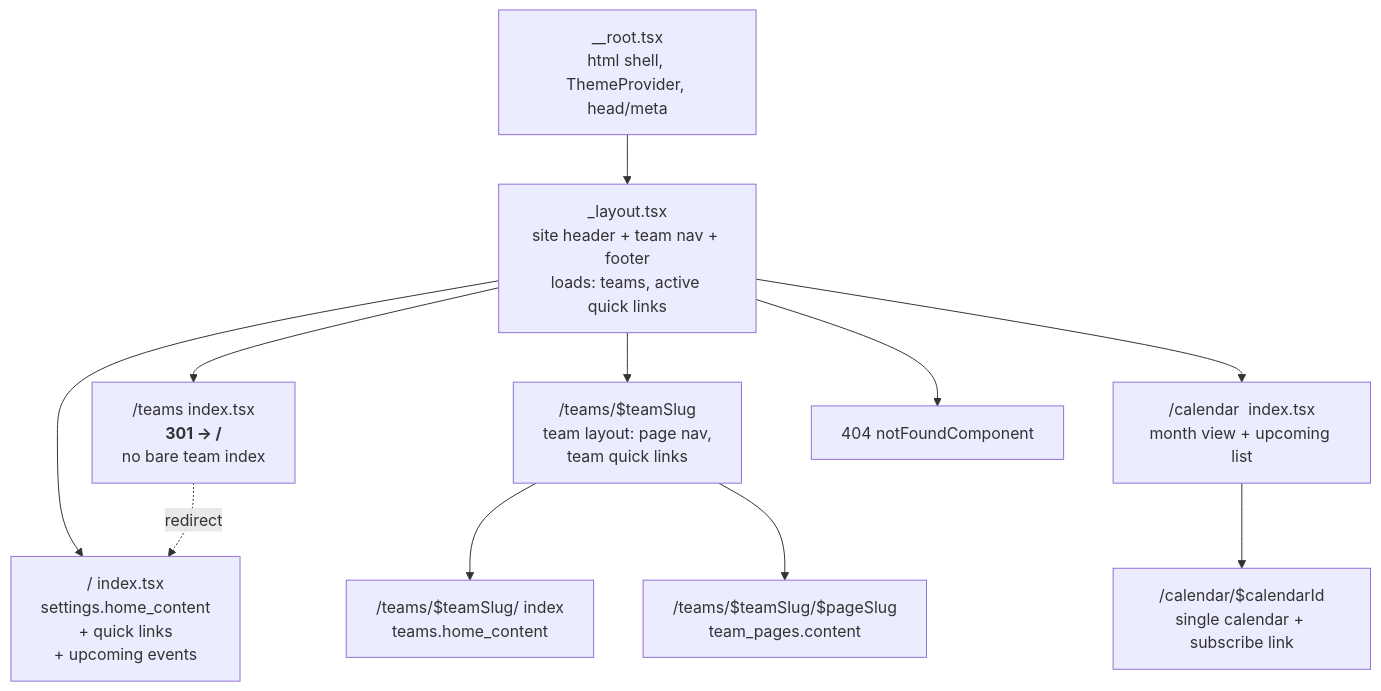
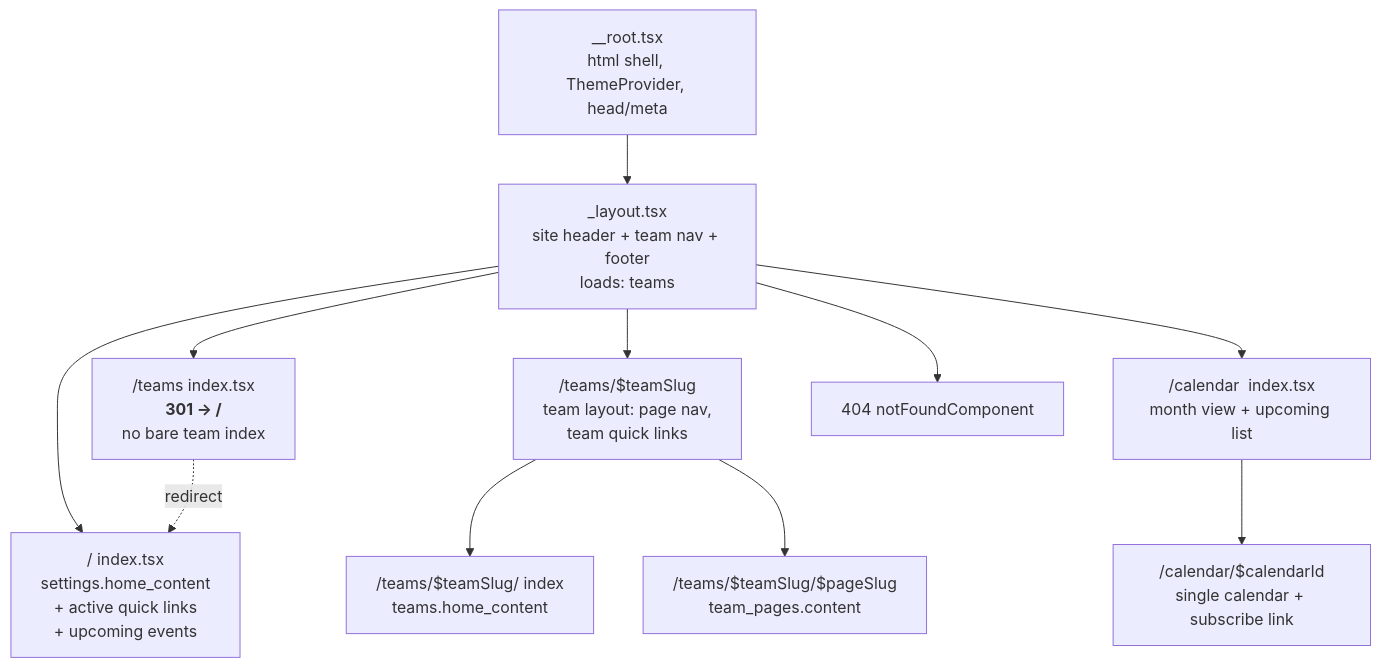
One commit to zethporter/morgan-wrestling changed the fourth of 5 diagrams in apps/website/README.md. Above: the diagram before and after it, drawn with Mermaid. The commit also changed other lines of this file and 18 other files, not shown here.

````diff
--- a/apps/website/README.md
+++ b/apps/website/README.md
@@ -302,25 +305,25 @@
 ```mermaid
 flowchart TD
     ROOT["__root.tsx<br/>html shell, ThemeProvider, head/meta"]
-    LAY["_layout.tsx<br/>site header + team nav + footer<br/>loads: teams, active quick links"]
+    LAY["_layout.tsx<br/>site header + team nav + footer<br/>loads: teams"]
 
-    HOME["/  index.tsx<br/>settings.home_content<br/>+ quick links<br/>+ upcoming events"]
+    HOME["/  index.tsx<br/>settings.home_content<br/>+ active quick links<br/>+ upcoming events"]
     TEAMS["/teams  index.tsx<br/><b>301 → /</b><br/>no bare team index"]
     TEAM["/teams/$teamSlug<br/>team layout: page nav,<br/>team quick links"]
     TEAMHOME["/teams/$teamSlug/  index<br/>teams.home_content"]
     TEAMPAGE["/teams/$teamSlug/$pageSlug<br/>team_pages.content"]
     CALS["/calendar  index.tsx<br/>month view + upcoming list"]
     CAL["/calendar/$calendarId<br/>single calendar + subscribe link"]
     NF["404 notFoundComponent"]
 
     ROOT --> LAY
     LAY --> HOME
     LAY --> TEAMS
     TEAMS -.->|redirect| HOME
     LAY --> TEAM
     TEAM --> TEAMHOME
     TEAM --> TEAMPAGE
     LAY --> CALS
     CALS --> CAL
     LAY --> NF
 ```
````
